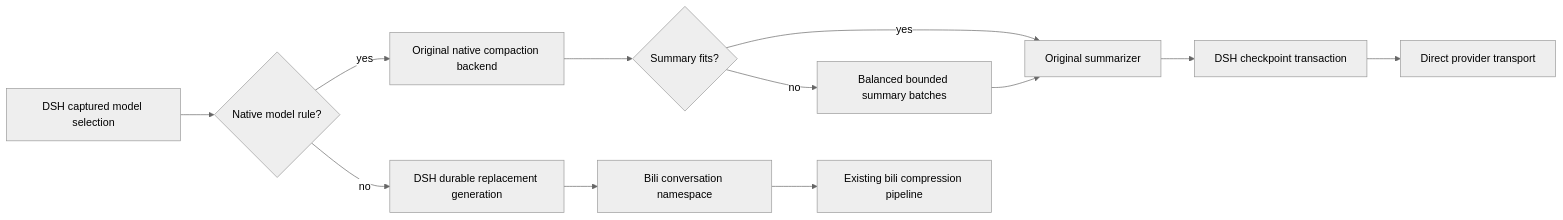
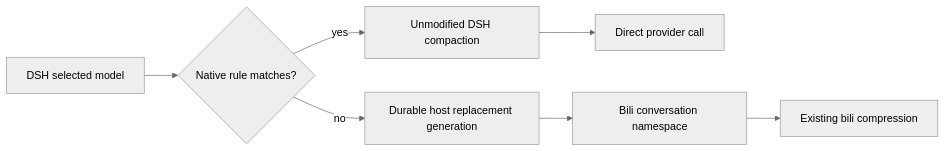
One commit to ranxianglei/billion-context changed the diagram in docs/dsh-native-compaction.md. Above: the diagram before and after it, drawn with Mermaid (neutral theme). The commit also changed other lines of this file and 6 other files, not shown here.

Commit message:
fix(dsh): keep model routing transparent to native compaction

````diff
--- a/docs/dsh-native-compaction.md
+++ b/docs/dsh-native-compaction.md
@@ -18,14 +18,9 @@
 ```mermaid
 flowchart LR
-    A[DSH captured model selection] --> B{Native model rule?}
-    B -->|yes| C[Original native compaction backend]
-    C --> D{Summary fits?}
-    D -->|yes| E[Original summarizer]
-    D -->|no| F[Balanced bounded summary batches]
-    F --> E
-    E --> G[DSH checkpoint transaction]
-    G --> H[Direct provider transport]
-    B -->|no| I[DSH durable replacement generation]
-    I --> J[Bili conversation namespace]
-    J --> K[Existing bili compression pipeline]
+    A[DSH selected model] --> B{Native rule matches?}
+    B -->|yes| C[Unmodified DSH compaction]
+    C --> D[Direct provider call]
+    B -->|no| E[Durable host replacement generation]
+    E --> F[Bili conversation namespace]
+    F --> G[Existing bili compression]
 ```
````
